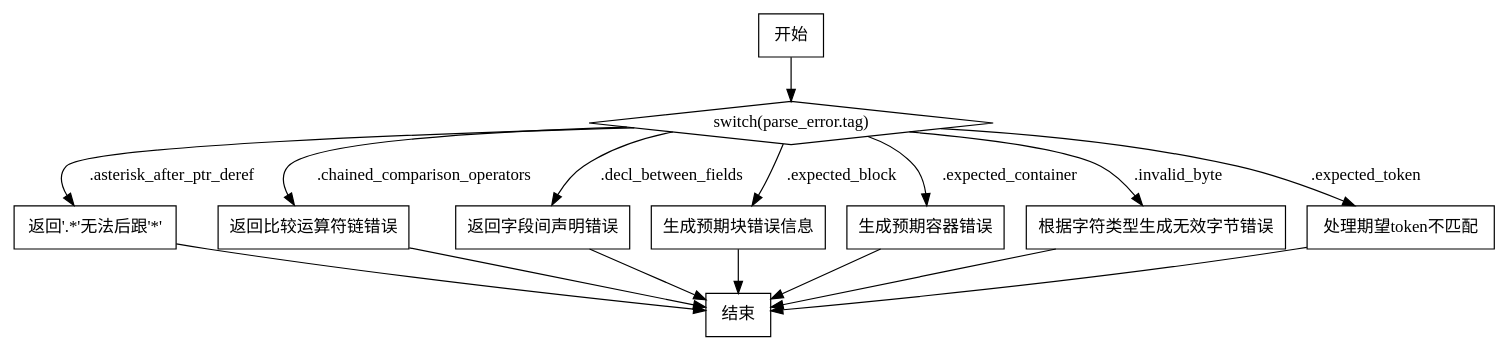
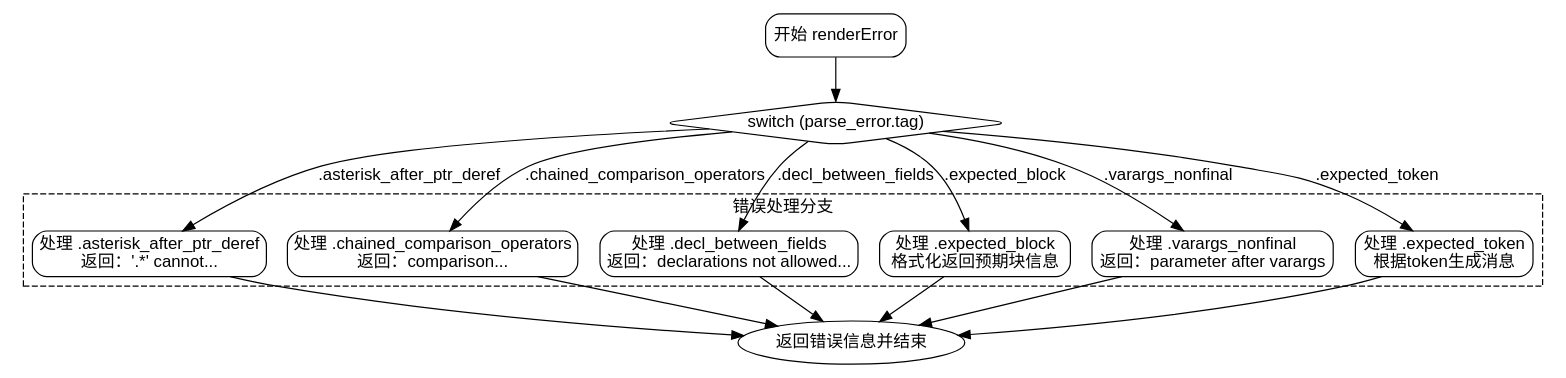
Before and after one commit to sdzx-1/deepseek-zig-reader: the diagram in dot_std/zig/Ast.zig.renderError.md, drawn with Graphviz. The commit also changed other lines of this file and 236 other files, not shown here.

````diff
--- a/dot_std/zig/Ast.zig.renderError.md
+++ b/dot_std/zig/Ast.zig.renderError.md
@@ -150,48 +56,43 @@
 ```dot
-digraph renderError {
-    rankdir=TB;
-    node [shape=rectangle];
-    start [label="开始"];
-    switch_node [label="switch(parse_error.tag)", shape=diamond];
-    end [label="结束"];
+digraph renderErrorFlow {
+    node [shape=rectangle, fontname="Arial", style="rounded"];
+    edge [fontname="Arial"];
+
+    start [label="开始 renderError"];
+    switch_node [label="switch (parse_error.tag)", shape=diamond];
+    end_node [label="返回错误信息并结束", shape=ellipse];
 
     start -> switch_node;
 
-    // 各错误处理分支
-    node [group=a];
-    switch_node -> asterisk_after_ptr_deref [label=".asterisk_after_ptr_deref"];
-    asterisk_after_ptr_deref [label="返回'.*'无法后跟'*'"];
-    asterisk_after_ptr_deref -> end;
+    // 示例错误分支（实际需扩展所有case）
+    subgraph cluster_errors {
+        label="错误处理分支";
+        style="dashed";
 
-    switch_node -> chained_comparison_operators [label=".chained_comparison_operators"];
-    chained_comparison_operators [label="返回比较运算符链错误"];
-    chained_comparison_operators -> end;
+        case_asterisk [label="处理 .asterisk_after_ptr_deref\n返回：'.*' cannot..."];
+        case_chained [label="处理 .chained_comparison_operators\n返回：comparison..."];
+        case_decl [label="处理 .decl_between_fields\n返回：declarations not allowed..."];
+        case_expected_block [label="处理 .expected_block\n格式化返回预期块信息"];
+        case_varargs [label="处理 .varargs_nonfinal\n返回：parameter after varargs"];
+        case_expected_token [label="处理 .expected_token\n根据token生成消息"];
+        // 添加其他case节点...
+    }
 
-    switch_node -> decl_between_fields [label=".decl_between_fields"];
-    decl_between_fields [label="返回字段间声明错误"];
-    decl_between_fields -> end;
+    switch_node -> case_asterisk [label=".asterisk_after_ptr_deref"];
+    switch_node -> case_chained [label=".chained_comparison_operators"];
+    switch_node -> case_decl [label=".decl_between_fields"];
+    switch_node -> case_expected_block [label=".expected_block"];
+    switch_node -> case_varargs [label=".varargs_nonfinal"];
+    switch_node -> case_expected_token [label=".expected_token"];
+    // 连接其他case边...
 
-    switch_node -> expected_block [label=".expected_block"];
-    expected_block [label="生成预期块错误信息"];
-    expected_block -> end;
-
-    // 其他简单分支（示例部分，实际需补全所有case）
-    switch_node -> expected_container [label=".expected_container"];
-    expected_container [label="生成预期容器错误"];
-    expected_container -> end;
-
-    switch_node -> invalid_byte [label=".invalid_byte"];
-    invalid_byte [label="根据字符类型生成无效字节错误"];
-    invalid_byte -> end;
-
-    switch_node -> expected_token [label=".expected_token"];
-    expected_token [label="处理期望token不匹配"];
-    expected_token -> end;
-
-    // 更多分支节点...
-    // 每个case分支均以类似方式连接至end
-
-    // 统一结束节点
-    {rank=same; end}
+    // 所有分支最终指向结束节点
+    case_asterisk -> end_node;
+    case_chained -> end_node;
+    case_decl -> end_node;
+    case_expected_block -> end_node;
+    case_varargs -> end_node;
+    case_expected_token -> end_node;
+    // 其他case连接至end_node...
 }
 ```
````
